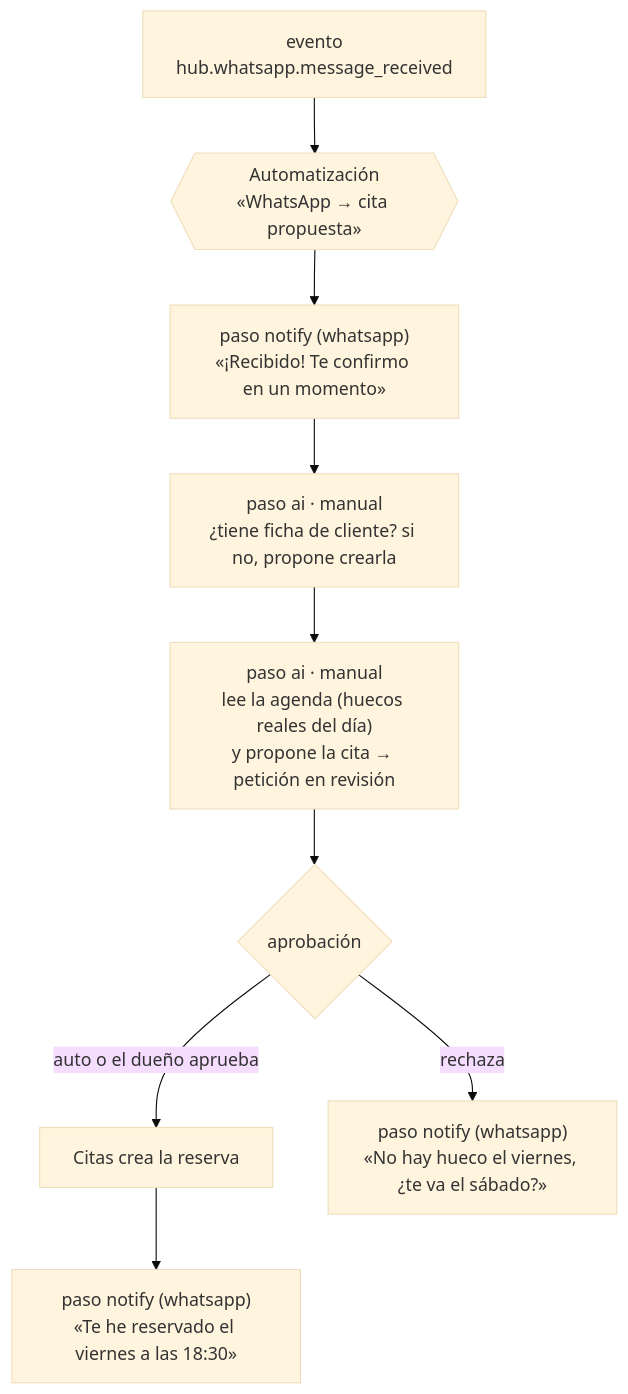
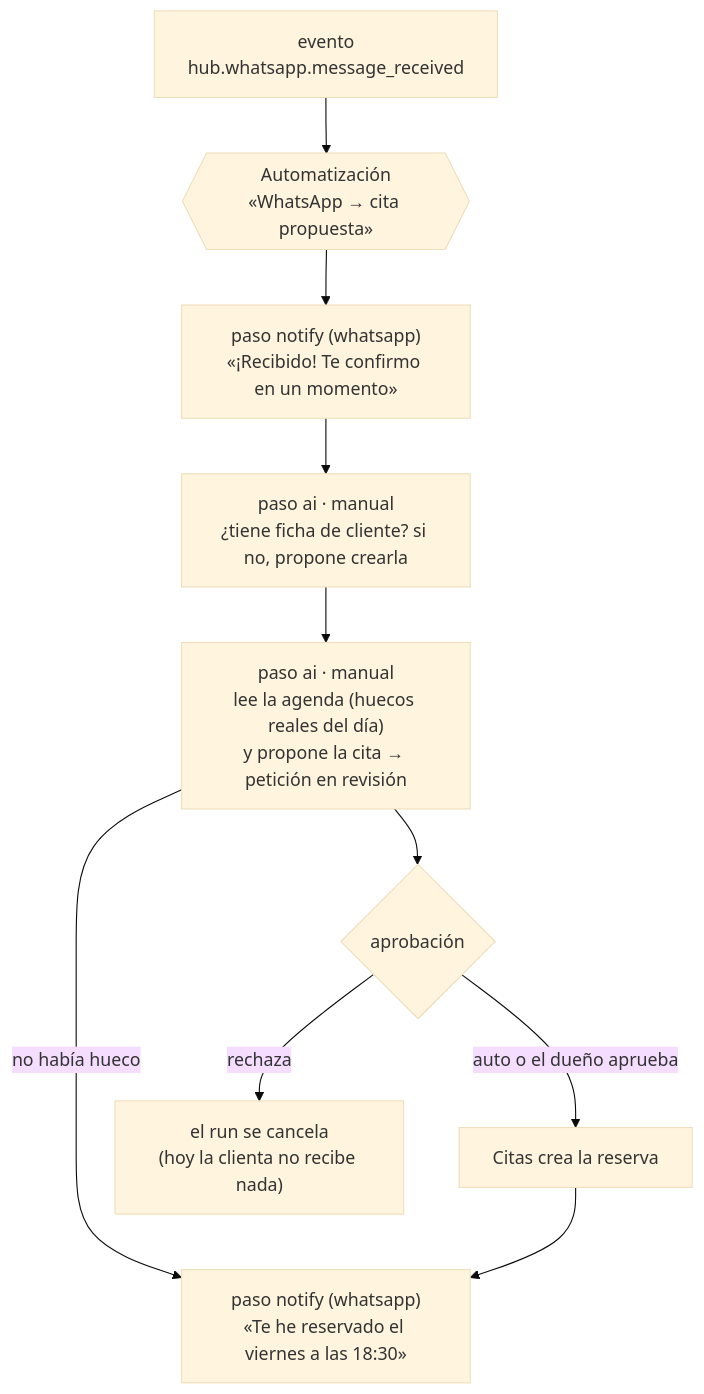
The fourth of 6 diagrams in docs/como-funciona.md (ERPlora/whatsapp_inbox), drawn with Mermaid (base theme) before and after one commit. The commit also changed 4 other files, not shown here.

````diff
--- a/docs/como-funciona.md
+++ b/docs/como-funciona.md
@@ -129,11 +129,12 @@
 ```mermaid
 flowchart TD
     E["evento<br/>hub.whatsapp.message_received"] --> T{{"Automatización<br/>«WhatsApp → cita propuesta»"}}
     T --> N1["paso notify (whatsapp)<br/>«¡Recibido! Te confirmo en un momento»"]
     N1 --> A1["paso ai · manual<br/>¿tiene ficha de cliente? si no, propone crearla"]
     A1 --> A2["paso ai · manual<br/>lee la agenda (huecos reales del día)<br/>y propone la cita → petición en revisión"]
     A2 --> AP{"aprobación"}
+    A2 -- "no había hueco" --> N2
     AP -- "auto o el dueño aprueba" --> R["Citas crea la reserva"]
     R --> N2["paso notify (whatsapp)<br/>«Te he reservado el viernes a las 18:30»"]
-    AP -- "rechaza" --> N3["paso notify (whatsapp)<br/>«No hay hueco el viernes, ¿te va el sábado?»"]
+    AP -- "rechaza" --> X["el run se cancela<br/>(hoy la clienta no recibe nada)"]
 ```
````
